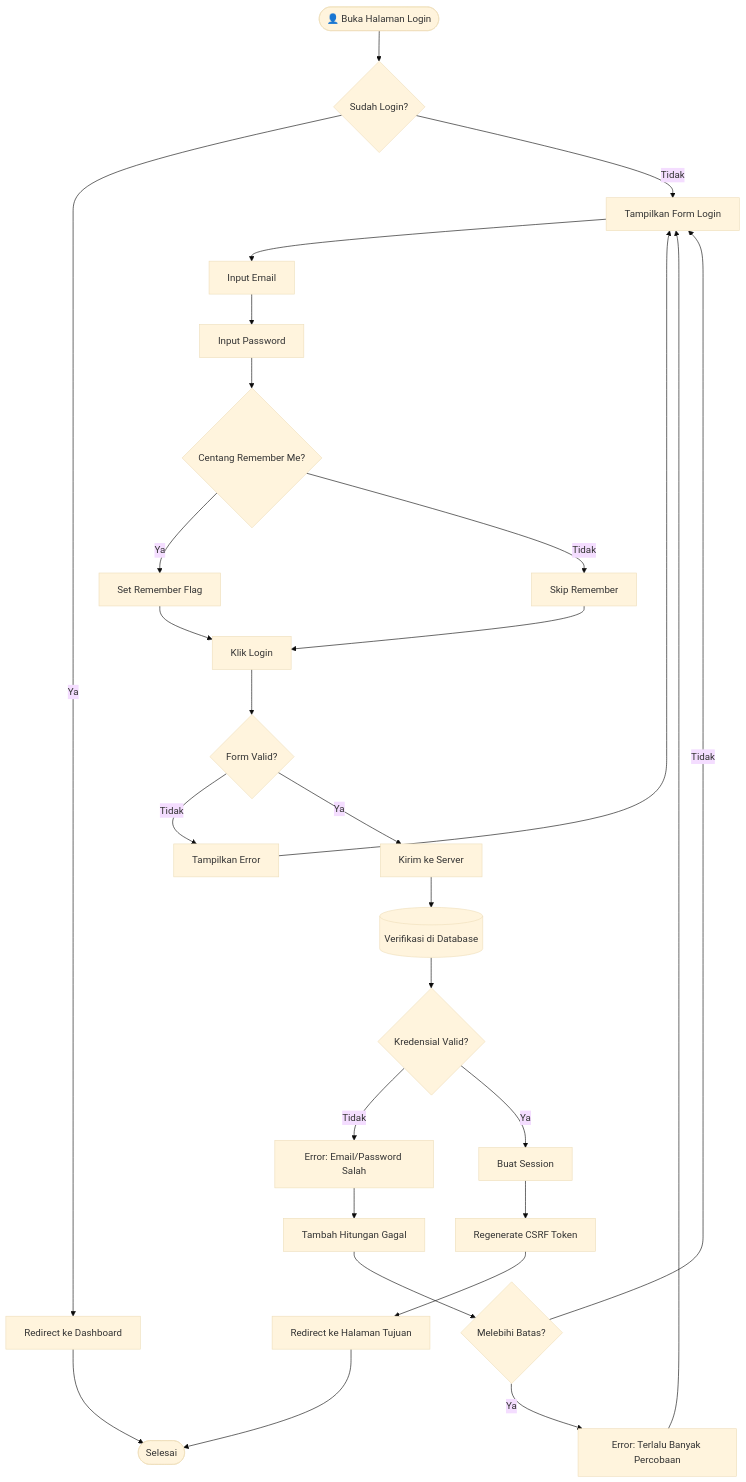
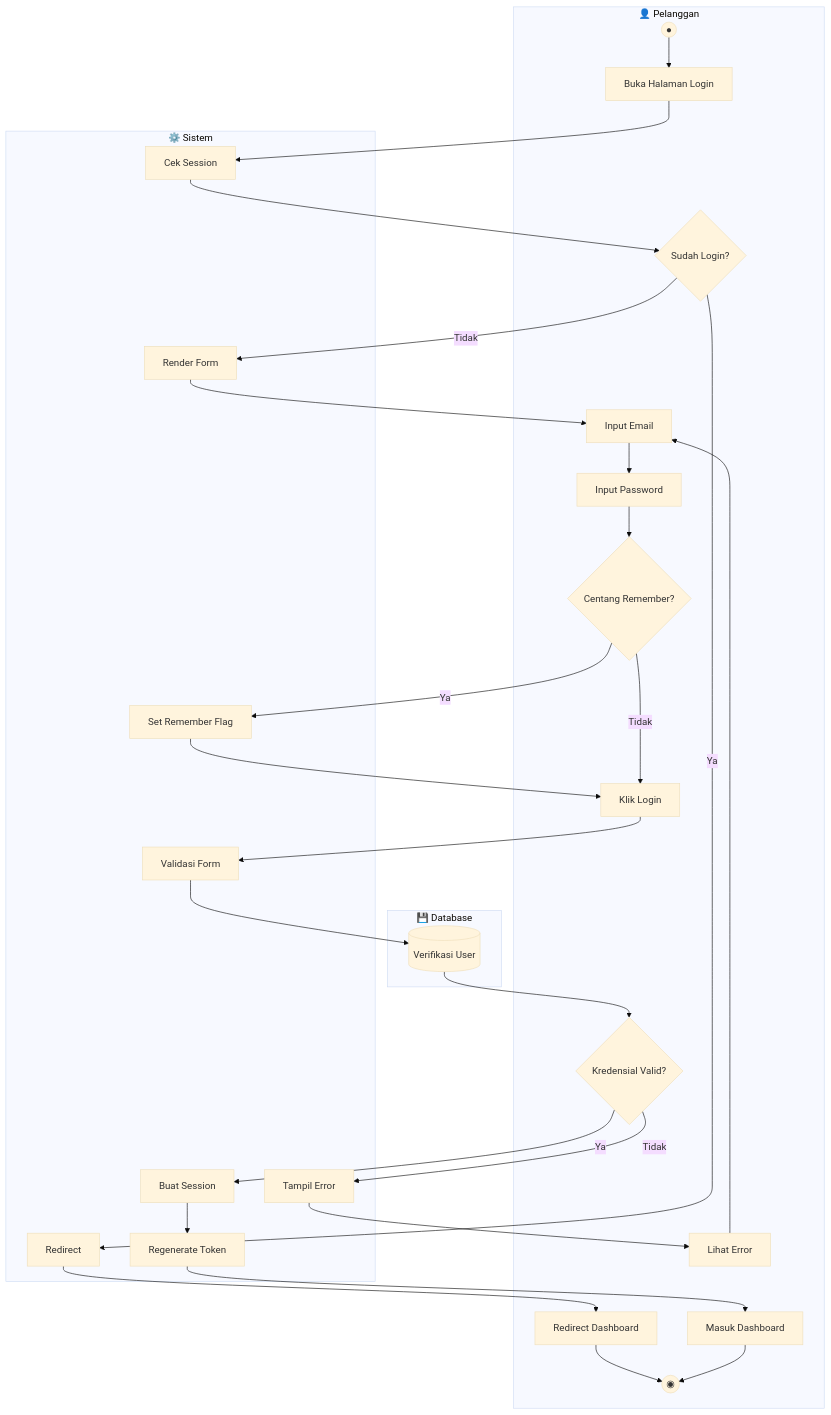
One commit to mustarisyahding07-spec/WEBSITE_SKRIPSI_MUSTARI changed the ninth of 17 diagrams in docs/ACTIVITY_DIAGRAMS.md. Above: the diagram before and after it, drawn with Mermaid (base theme). The commit also changed other lines of this file, not shown here.

Commit message:
docs: update activity diagrams with swimlane format

````diff
--- a/docs/ACTIVITY_DIAGRAMS.md
+++ b/docs/ACTIVITY_DIAGRAMS.md
@@ -367,35 +500,56 @@
 ```mermaid
 flowchart TD
-    Start([👤 Buka Halaman Login]) --> CheckSession{Sudah Login?}
-    CheckSession -->|Ya| RedirectDashboard[Redirect ke Dashboard]
-    RedirectDashboard --> End([Selesai])
+    subgraph Pelanggan["👤 Pelanggan"]
+        P1((●))
+        P2[Buka Halaman Login]
+        P3{Sudah Login?}
+        P4[Redirect Dashboard]
+        P5[Input Email]
+        P6[Input Password]
+        P7{Centang Remember?}
+        P8[Klik Login]
+        P9{Kredensial Valid?}
+        P10[Lihat Error]
+        P11[Masuk Dashboard]
+        P12((◉))
+    end
     
-    CheckSession -->|Tidak| DisplayForm[Tampilkan Form Login]
-    DisplayForm --> InputEmail[Input Email]
-    InputEmail --> InputPassword[Input Password]
-    InputPassword --> CheckRemember{Centang Remember Me?}
-    CheckRemember -->|Ya| SetRemember[Set Remember Flag]
-    CheckRemember -->|Tidak| SkipRemember[Skip Remember]
-    SetRemember --> ClickLogin
-    SkipRemember --> ClickLogin[Klik Login]
+    subgraph Sistem["⚙️ Sistem"]
+        S1[Cek Session]
+        S2[Render Form]
+        S3[Set Remember Flag]
+        S4[Validasi Form]
+        S5[Tampil Error]
+        S6[Buat Session]
+        S7[Regenerate Token]
+        S8[Redirect]
+    end
     
-    ClickLogin --> ValidateForm{Form Valid?}
-    ValidateForm -->|Tidak| ShowValidationError[Tampilkan Error]
-    ShowValidationError --> DisplayForm
+    subgraph Database["💾 Database"]
+        D1[(Verifikasi User)]
+    end
     
-    ValidateForm -->|Ya| SendCredentials[Kirim ke Server]
-    SendCredentials --> VerifyCredentials[(Verifikasi di Database)]
-    VerifyCredentials --> CredentialsValid{Kredensial Valid?}
-    
-    CredentialsValid -->|Tidak| ShowLoginError[Error: Email/Password Salah]
-    ShowLoginError --> IncrementAttempt[Tambah Hitungan Gagal]
-    IncrementAttempt --> CheckThrottle{Melebihi Batas?}
-    CheckThrottle -->|Ya| ShowThrottleError[Error: Terlalu Banyak Percobaan]
-    ShowThrottleError --> DisplayForm
-    CheckThrottle -->|Tidak| DisplayForm
-    
-    CredentialsValid -->|Ya| CreateSession[Buat Session]
-    CreateSession --> RegenerateToken[Regenerate CSRF Token]
-    RegenerateToken --> RedirectIntended[Redirect ke Halaman Tujuan]
-    RedirectIntended --> End
+    P1 --> P2
+    P2 --> S1
+    S1 --> P3
+    P3 -->|Ya| S8
+    S8 --> P4
+    P4 --> P12
+    P3 -->|Tidak| S2
+    S2 --> P5
+    P5 --> P6
+    P6 --> P7
+    P7 -->|Ya| S3
+    S3 --> P8
+    P7 -->|Tidak| P8
+    P8 --> S4
+    S4 --> D1
+    D1 --> P9
+    P9 -->|Tidak| S5
+    S5 --> P10
+    P10 --> P5
+    P9 -->|Ya| S6
+    S6 --> S7
+    S7 --> P11
+    P11 --> P12
 ```
````
